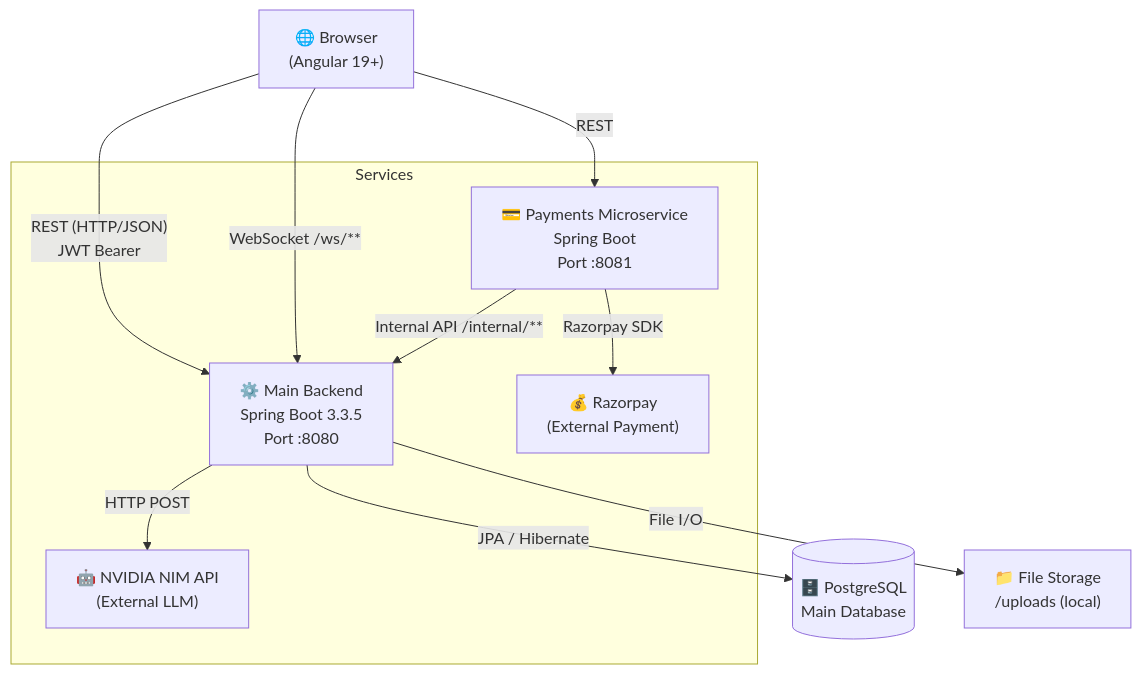
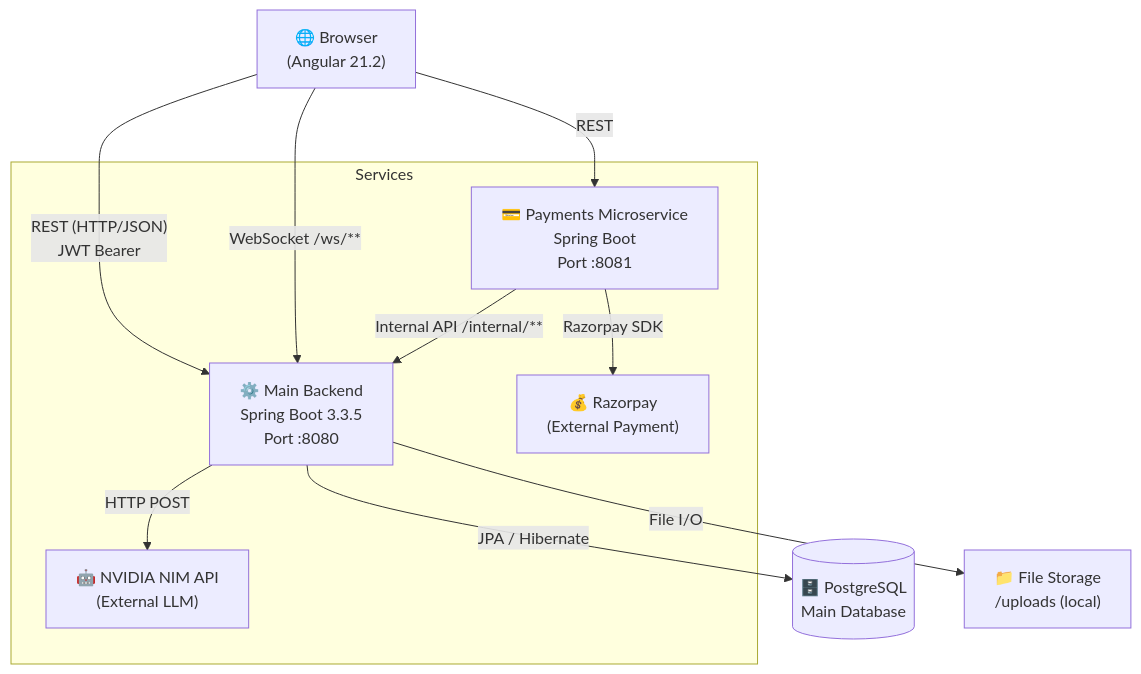
Before and after one commit to TCET-MOOC/LearnSphere-AI-Learning-platform: the first of 9 diagrams in Docs/learnsphere_system_design.md, drawn with Mermaid. The commit also changed other lines of this file and 9 other files, not shown here.

````diff
--- a/Docs/learnsphere_system_design.md
+++ b/Docs/learnsphere_system_design.md
@@ -11,23 +13,23 @@
 ```mermaid
 graph TD
-    Browser["🌐 Browser\n(Angular 19+)"]
+    Browser["🌐 Browser\n(Angular 21.2)"]
 
     subgraph Services
         Backend["⚙️ Main Backend\nSpring Boot 3.3.5\nPort :8080"]
         Payments["💳 Payments Microservice\nSpring Boot\nPort :8081"]
         NvidiaAI["🤖 NVIDIA NIM API\n(External LLM)"]
         Razorpay["💰 Razorpay\n(External Payment)"]
     end
 
     DB[("🗄️ PostgreSQL\nMain Database")]
     Uploads["📁 File Storage\n/uploads (local)"]
 
     Browser -- "REST (HTTP/JSON)\nJWT Bearer" --> Backend
     Browser -- "WebSocket /ws/**" --> Backend
     Browser -- "REST" --> Payments
     Backend -- "JPA / Hibernate" --> DB
     Backend -- "HTTP POST" --> NvidiaAI
     Payments -- "Razorpay SDK" --> Razorpay
     Payments -- "Internal API /internal/**" --> Backend
     Backend -- "File I/O" --> Uploads
 ```
````
